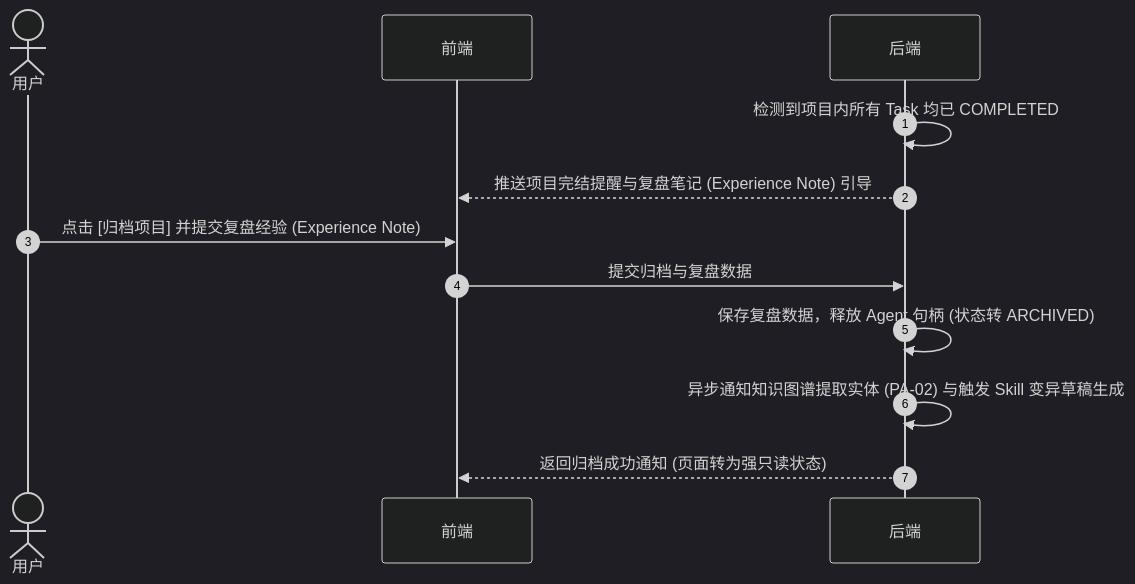
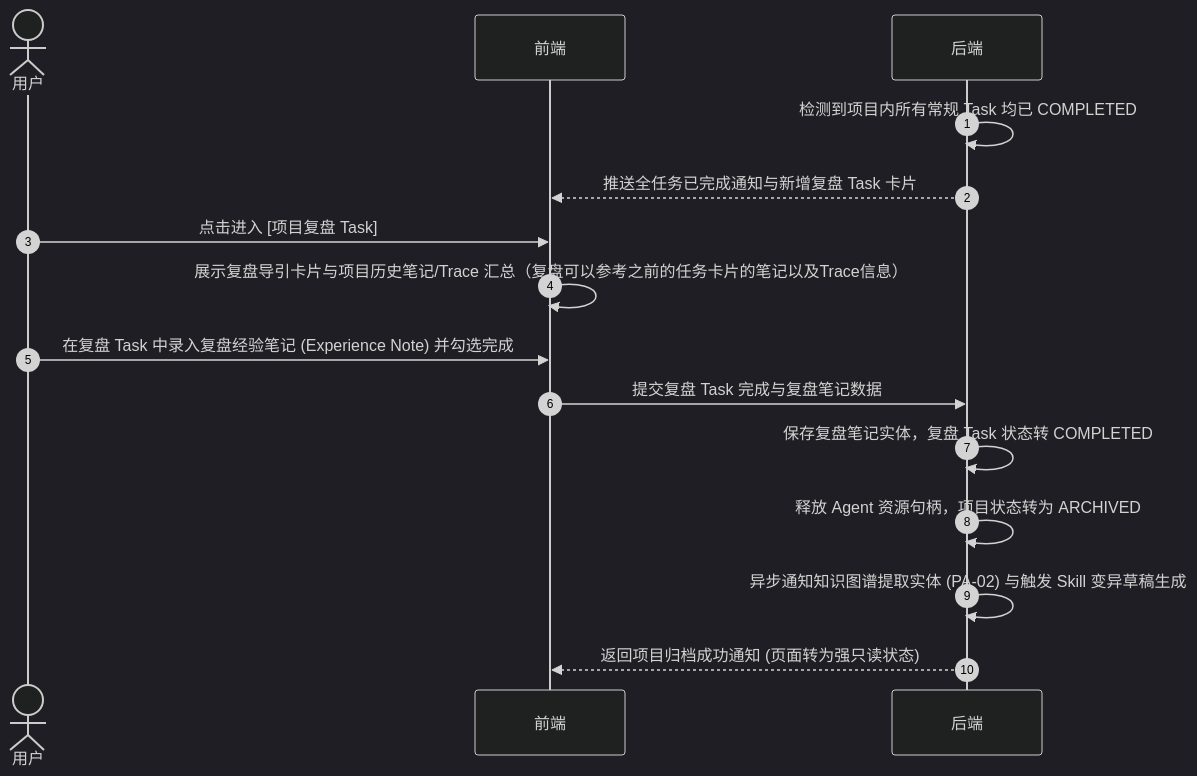
One commit to shanglihong/i-have-a-plan changed the seventh of 13 diagrams in docs/04_interaction_design/flow_interaction-v1.0.md. Above: the diagram before and after it, drawn with Mermaid (dark theme). The commit also changed other lines of this file and 6 other files, not shown here.

````diff
--- a/docs/04_interaction_design/flow_interaction-v1.0.md
+++ b/docs/04_interaction_design/flow_interaction-v1.0.md
@@ -195,16 +195,20 @@
 ```mermaid
 sequenceDiagram
     autonumber
     actor User as 用户
     participant FE as 前端
     participant BE as 后端
 
-    BE->>BE: 检测到项目内所有 Task 均已 COMPLETED
-    BE-->>FE: 推送项目完结提醒与复盘笔记 (Experience Note) 引导
+    BE->>BE: 检测到项目内所有常规 Task 均已 COMPLETED
+    BE-->>FE: 推送全任务已完成通知与新增复盘 Task 卡片
 
-    User->>FE: 点击 [归档项目] 并提交复盘经验 (Experience Note)
-    FE->>BE: 提交归档与复盘数据
-    BE->>BE: 保存复盘数据，释放 Agent 句柄 (状态转 ARCHIVED)
+    User->>FE: 点击进入 [项目复盘 Task]
+    FE->>FE: 展示复盘导引卡片与项目历史笔记/Trace 汇总（复盘可以参考之前的任务卡片的笔记以及Trace信息）
+
+    User->>FE: 在复盘 Task 中录入复盘经验笔记 (Experience Note) 并勾选完成
+    FE->>BE: 提交复盘 Task 完成与复盘笔记数据
+    BE->>BE: 保存复盘笔记实体，复盘 Task 状态转 COMPLETED
+    BE->>BE: 释放 Agent 资源句柄，项目状态转为 ARCHIVED
     BE->>BE: 异步通知知识图谱提取实体 (PA-02) 与触发 Skill 变异草稿生成
-    BE-->>FE: 返回归档成功通知 (页面转为强只读状态)
+    BE-->>FE: 返回项目归档成功通知 (页面转为强只读状态)
 ```
````
